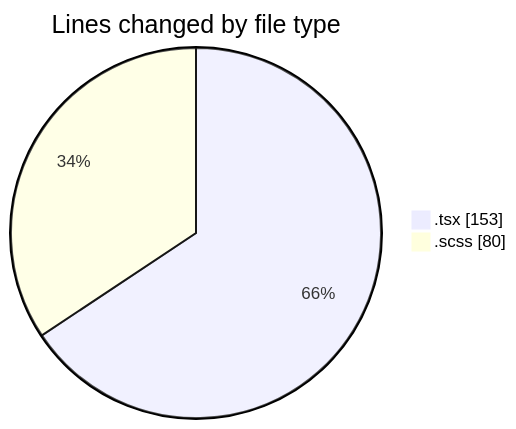
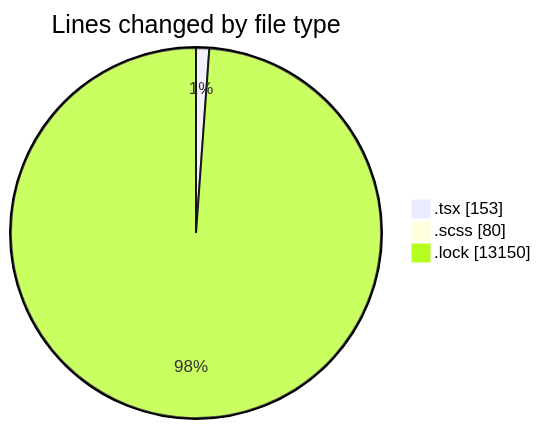
The first of 2 diagrams in 2025-05-06/cda/README.md (momahboobian/code-tracking), drawn with Mermaid before and after one commit. The commit also changed other lines of this file and 1 other file, not shown here.

````diff
--- a/2025-05-06/cda/README.md
+++ b/2025-05-06/cda/README.md
@@ -22,6 +23,7 @@
 ```mermaid
 pie showData
 title Lines changed by file type
 ".tsx" : 153
 ".scss" : 80
+".lock" : 13150
 ```
````
